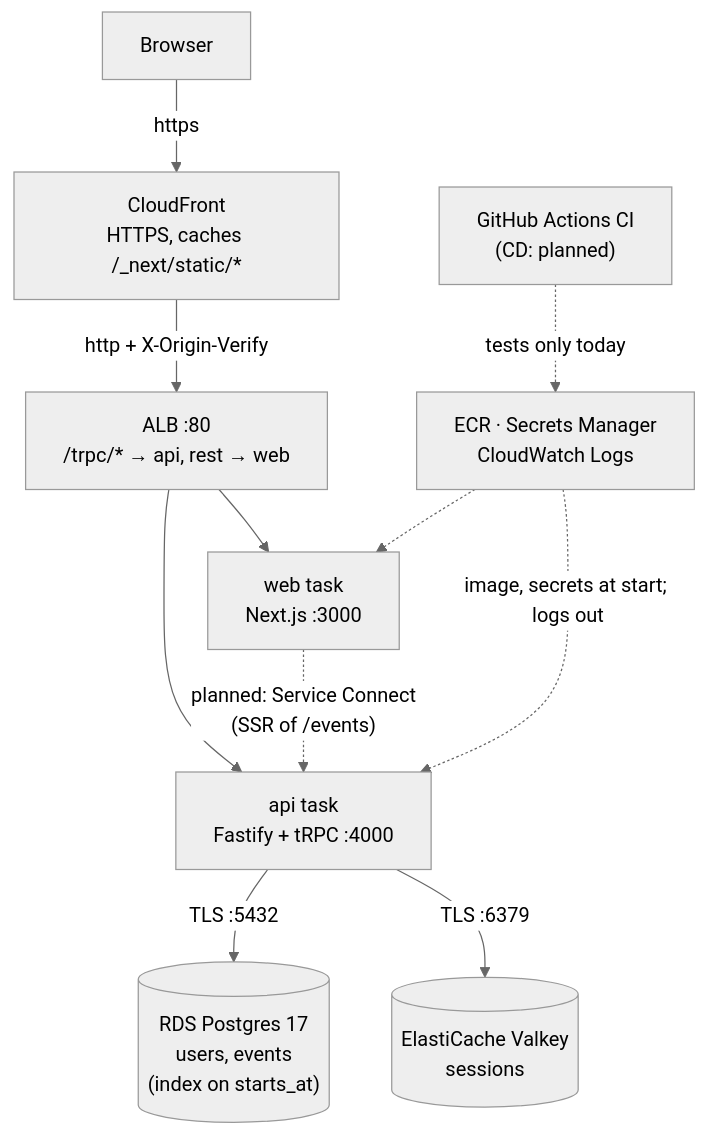
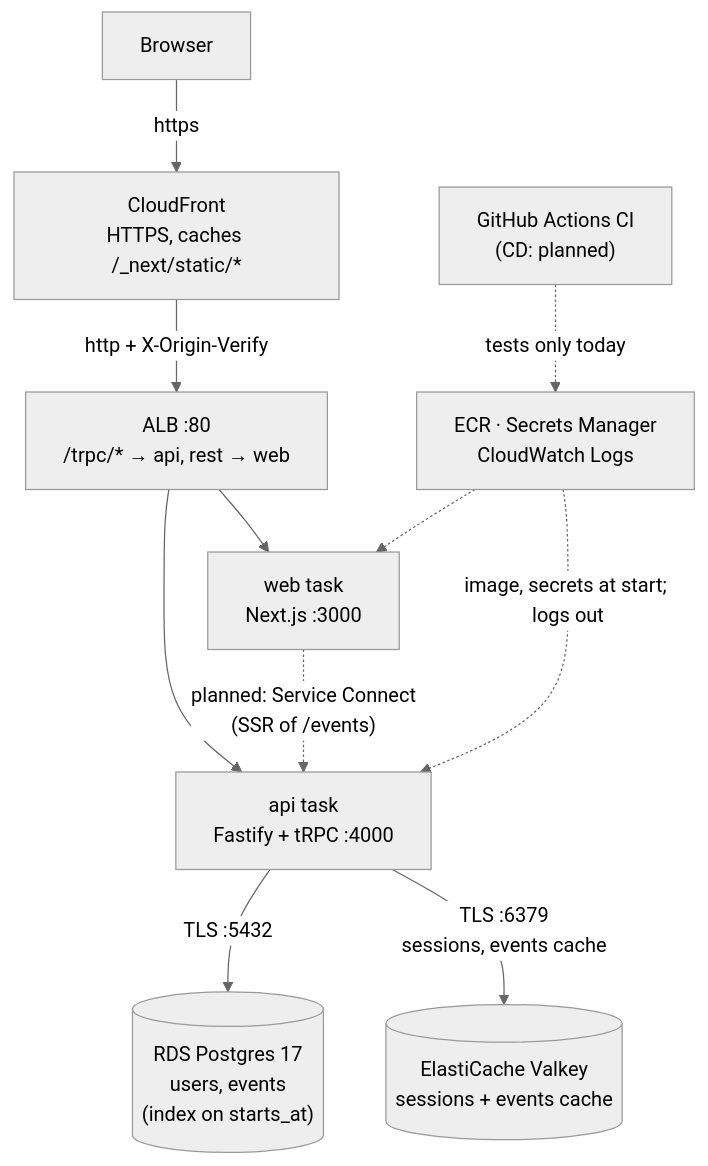
Before and after one commit to maheshnd/minitickets: the first of 5 diagrams in docs/handbook/00-big-picture.md, drawn with Mermaid (neutral theme). The commit also changed other lines of this file and 18 other files, not shown here.

Commit message:
feat(events): cache-aside for events.list in Redis, with graceful degradation

````diff
--- a/docs/handbook/00-big-picture.md
+++ b/docs/handbook/00-big-picture.md
@@ -14,22 +14,22 @@
 ```mermaid
 flowchart TB
     browser["Browser"]
     cf["CloudFront<br/>HTTPS, caches /_next/static/*"]
     alb["ALB :80<br/>/trpc/* → api, rest → web"]
     web["web task<br/>Next.js :3000"]
     api["api task<br/>Fastify + tRPC :4000"]
     rds[("RDS Postgres 17<br/>users, events<br/>(index on starts_at)")]
-    valkey[("ElastiCache Valkey<br/>sessions")]
+    valkey[("ElastiCache Valkey<br/>sessions + events cache")]
     aws["ECR · Secrets Manager<br/>CloudWatch Logs"]
     ci["GitHub Actions CI<br/>(CD: planned)"]
     browser -->|"https"| cf
     cf -->|"http + X-Origin-Verify"| alb
     alb --> web
     alb --> api
     web -.->|"planned: Service Connect<br/>(SSR of /events)"| api
     api -->|"TLS :5432"| rds
-    api -->|"TLS :6379"| valkey
+    api -->|"TLS :6379<br/>sessions, events cache"| valkey
     aws -.->|"image, secrets at start; logs out"| api
     aws -.-> web
     ci -.->|"tests only today"| aws
 ```
````
